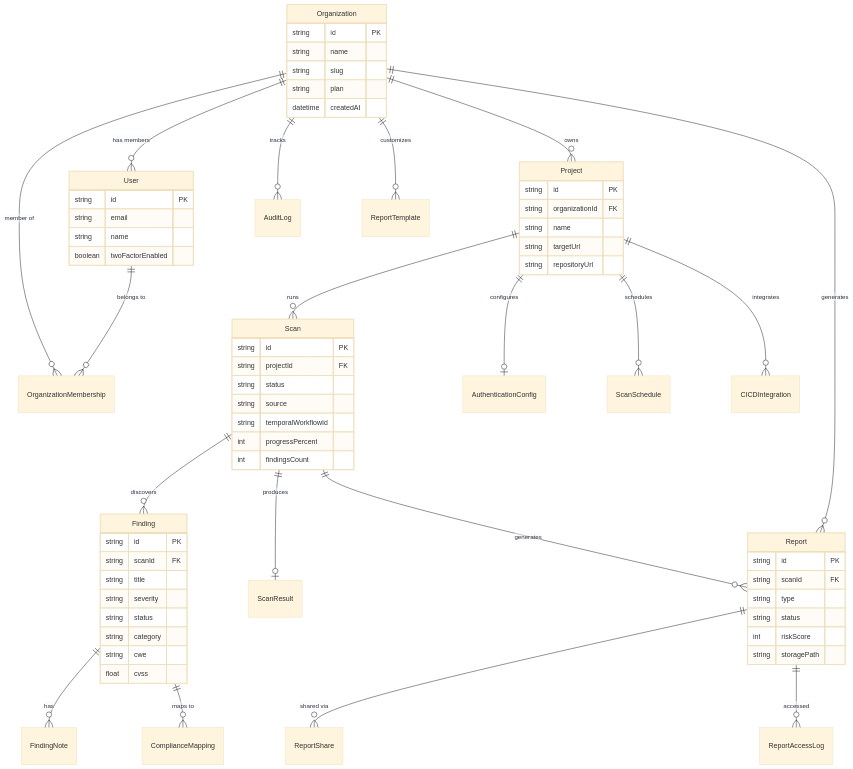
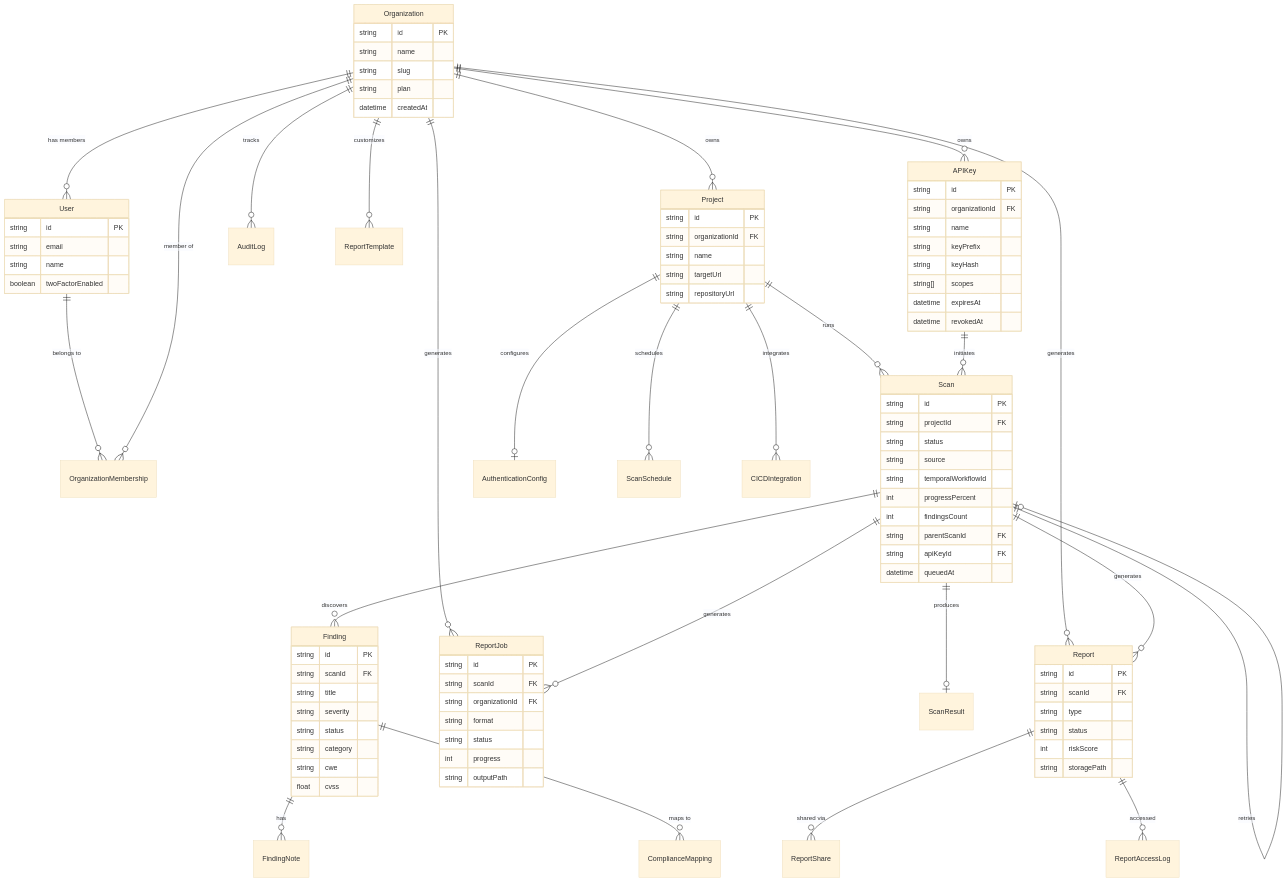
The sixth of 13 diagrams in .doc/saas/architecture.md (KeygraphHQ/shannon), drawn with Mermaid (base theme) before and after one commit. The commit also changed 4 other files, not shown here.

```diff
--- a/.doc/saas/architecture.md
+++ b/.doc/saas/architecture.md
@@ -253,6 +253,8 @@
     Organization ||--o{ AuditLog : "tracks"
     Organization ||--o{ Report : "generates"
     Organization ||--o{ ReportTemplate : "customizes"
+    Organization ||--o{ APIKey : "owns"
+    Organization ||--o{ ReportJob : "generates"
 
     User ||--o{ OrganizationMembership : "belongs to"
     OrganizationMembership }o--|| Organization : "member of"
@@ -265,6 +267,10 @@
     Scan ||--o| ScanResult : "produces"
     Scan ||--o{ Finding : "discovers"
     Scan ||--o{ Report : "generates"
+    Scan ||--o{ ReportJob : "generates"
+    Scan ||--o| Scan : "retries"
+
+    APIKey ||--o{ Scan : "initiates"
 
     Finding ||--o{ FindingNote : "has"
     Finding ||--o{ ComplianceMapping : "maps to"
@@ -303,6 +309,30 @@
         string temporalWorkflowId
         int progressPercent
         int findingsCount
+        string parentScanId FK
+        string apiKeyId FK
+        datetime queuedAt
+    }
+
+    APIKey {
+        string id PK
+        string organizationId FK
+        string name
+        string keyPrefix
+        string keyHash
+        string[] scopes
+        datetime expiresAt
+        datetime revokedAt
+    }
+
+    ReportJob {
+        string id PK
+        string scanId FK
+        string organizationId FK
+        string format
+        string status
+        int progress
+        string outputPath
     }
 
     Finding {
```
